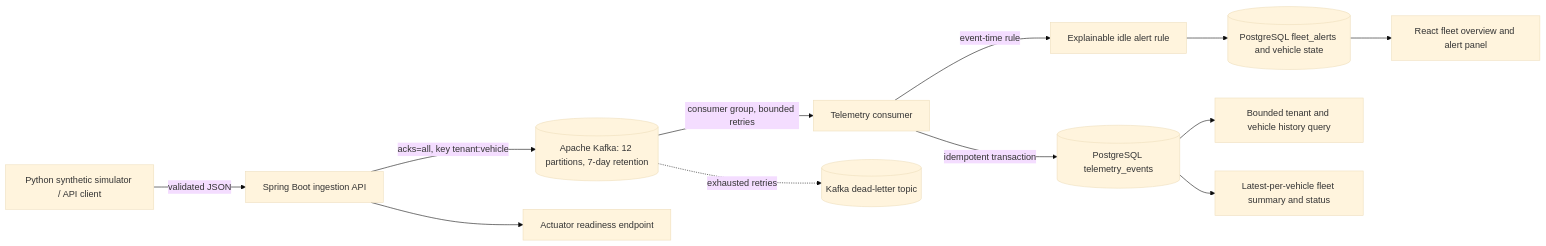
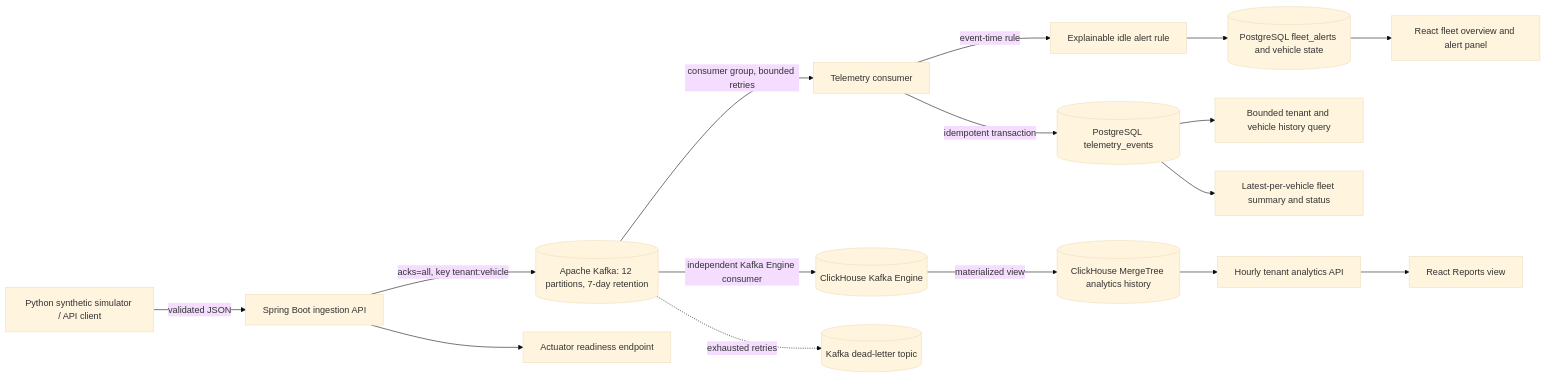
Before and after one commit to markapurammarthanda12/Fleet-Intelligence-Platform: the first of 2 diagrams in docs/ARCHITECTURE.md, drawn with Mermaid (base theme). The commit also changed other lines of this file and 15 other files, not shown here.

````diff
--- a/docs/ARCHITECTURE.md
+++ b/docs/ARCHITECTURE.md
@@ -5,14 +5,18 @@
 ```mermaid
 flowchart LR
   SIM[Python synthetic simulator / API client] -->|validated JSON| API[Spring Boot ingestion API]
   API -->|acks=all, key tenant:vehicle| K[(Apache Kafka: 12 partitions, 7-day retention)]
   K -->|consumer group, bounded retries| CONSUMER[Telemetry consumer]
+  K -->|independent Kafka Engine consumer| CHK[(ClickHouse Kafka Engine)]
+  CHK -->|materialized view| CH[(ClickHouse MergeTree analytics history)]
   CONSUMER -->|idempotent transaction| PG[(PostgreSQL telemetry_events)]
   CONSUMER -->|event-time rule| RULE[Explainable idle alert rule]
   RULE --> PG2[(PostgreSQL fleet_alerts and vehicle state)]
   K -. exhausted retries .-> DLT[(Kafka dead-letter topic)]
   PG --> QUERY[Bounded tenant and vehicle history query]
   PG --> SUMMARY[Latest-per-vehicle fleet summary and status]
   PG2 --> UI[React fleet overview and alert panel]
+  CH --> ANALYTICS[Hourly tenant analytics API]
+  ANALYTICS --> UI2[React Reports view]
   API --> READY[Actuator readiness endpoint]
 ```
````
